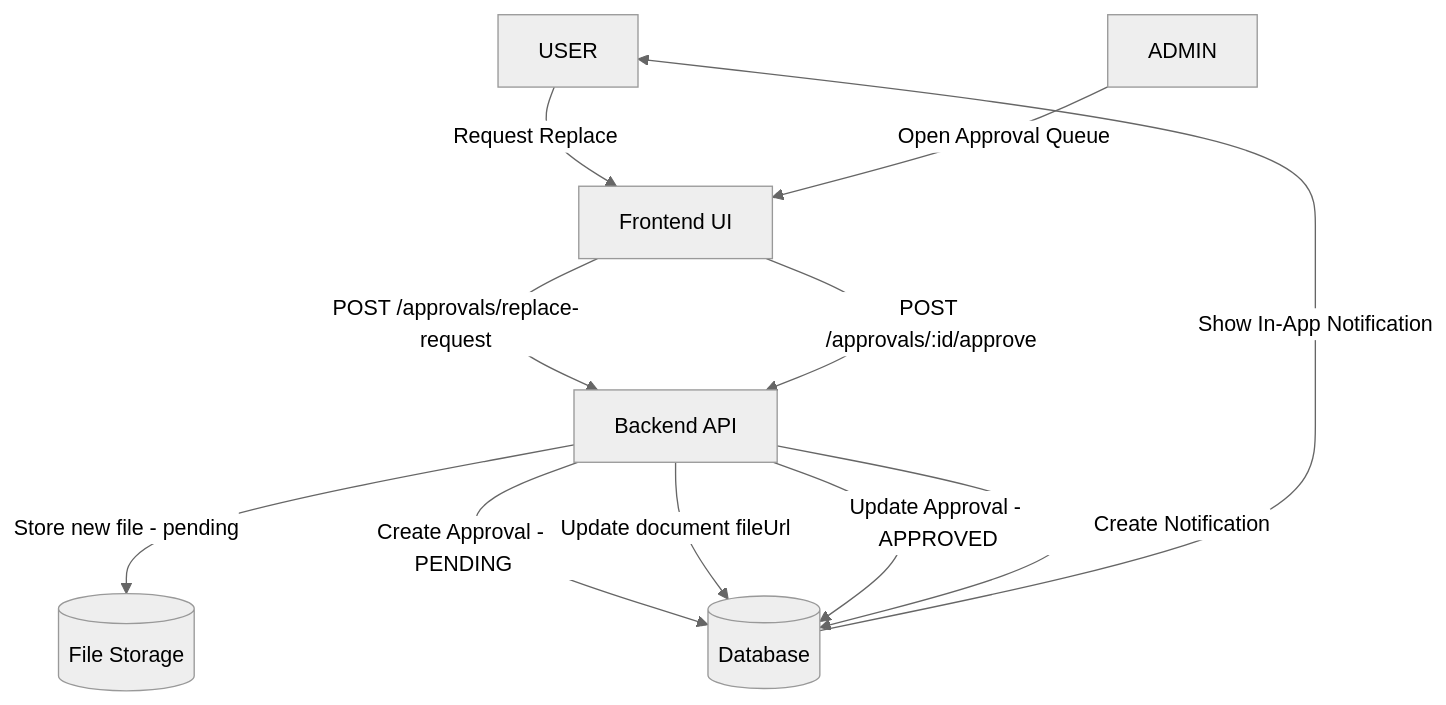
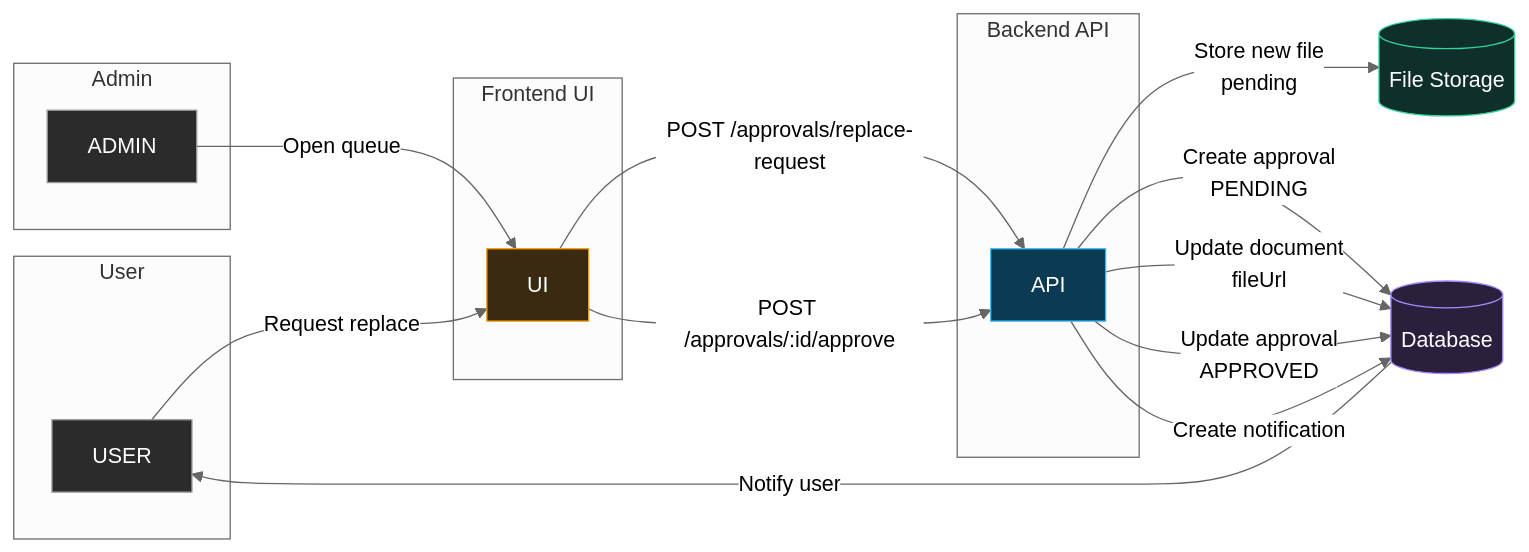
Before and after one commit to ichsanx/dms-fullstack-cybermax-v6: the fifth of 5 diagrams in README.md, drawn with Mermaid (neutral theme). The commit also changed other lines of this file, not shown here.

````diff
--- a/README.md
+++ b/README.md
@@ -309,15 +383,41 @@
 ```mermaid
-flowchart TD
-  U[USER] -->|Request Replace| UI[Frontend UI]
-  UI -->|POST /approvals/replace-request| API[Backend API]
-  API -->|Store new file - pending| FS[(File Storage)]
-  API -->|Create Approval - PENDING| DB[(Database)]
+flowchart LR
+  %% Styles
+  classDef actor fill:#2b2b2b,stroke:#999,color:#fff;
+  classDef ui fill:#3a2a12,stroke:#f59e0b,color:#fff;
+  classDef api fill:#0b3a53,stroke:#38bdf8,color:#fff;
+  classDef store fill:#0f2f2a,stroke:#34d399,color:#fff;
+  classDef db fill:#2a1f3d,stroke:#a78bfa,color:#fff;
 
-  A[ADMIN] -->|Open Approval Queue| UI
+  subgraph USER[User]
+    U[USER]:::actor
+  end
+
+  subgraph ADMIN[Admin]
+    A[ADMIN]:::actor
+  end
+
+  subgraph FE[Frontend UI]
+    UI[UI]:::ui
+  end
+
+  subgraph BE[Backend API]
+    API[API]:::api
+  end
+
+  FS[(File Storage)]:::store
+  DB[(Database)]:::db
+
+  U -->|Request replace| UI
+  UI -->|POST /approvals/replace-request| API
+  API -->|Store new file<br/>pending| FS
+  API -->|Create approval<br/>PENDING| DB
+
+  A -->|Open queue| UI
   UI -->|POST /approvals/:id/approve| API
 
-  API -->|Update document fileUrl| DB
-  API -->|Update Approval - APPROVED| DB
-  API -->|Create Notification| DB
-  DB -->|Show In-App Notification| U
+  API -->|Update document<br/>fileUrl| DB
+  API -->|Update approval<br/>APPROVED| DB
+  API -->|Create notification| DB
+  DB -->|Notify user| U
 ```
````
